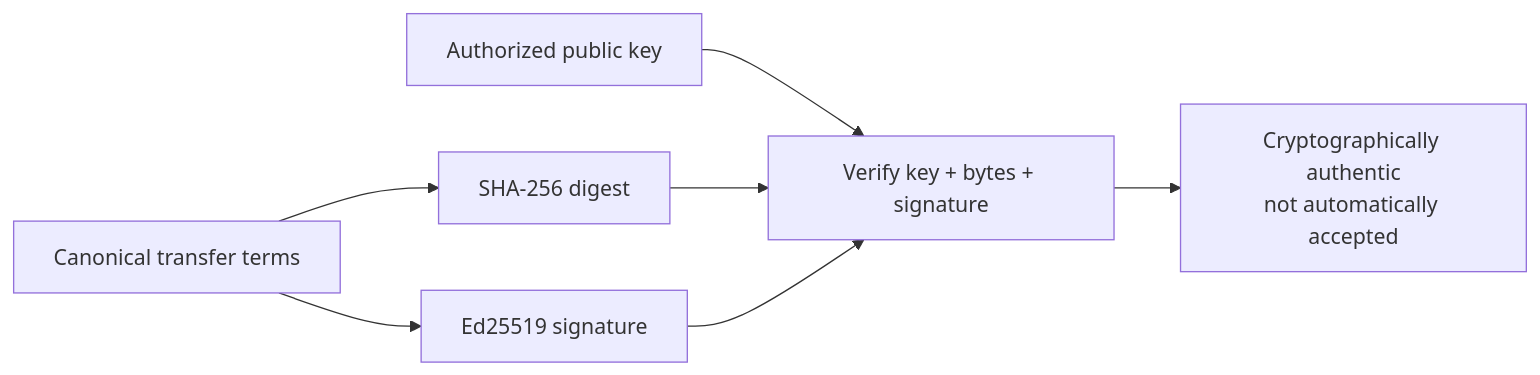
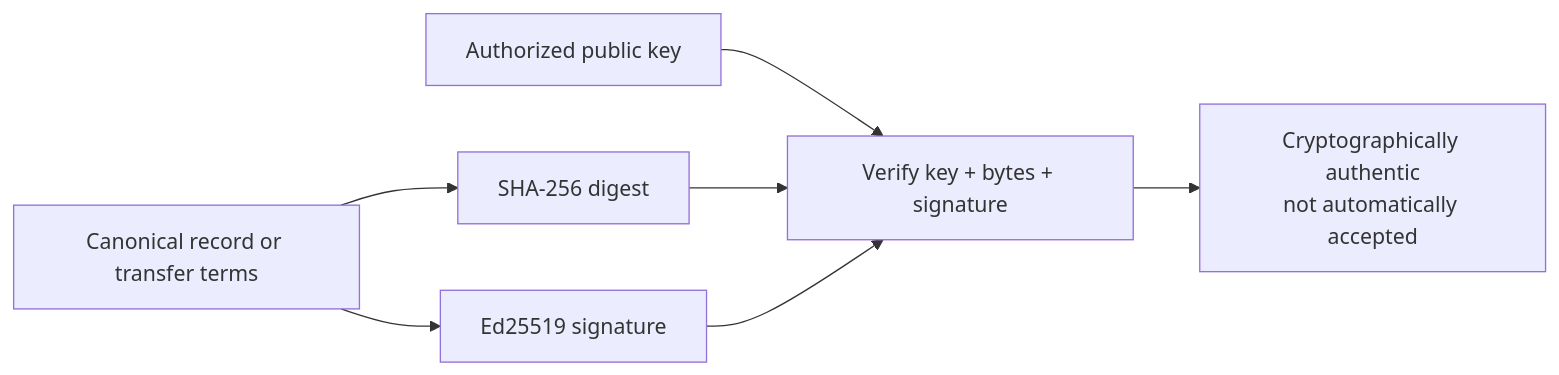
One commit to matthewlovestocode/peer-hours changed the diagram in docs/education/35-ed25519-signatures.md. Above: the diagram before and after it, drawn with Mermaid. The commit also changed other lines of this file and 62 other files, not shown here.

````diff
--- a/docs/education/35-ed25519-signatures.md
+++ b/docs/education/35-ed25519-signatures.md
@@ -5,9 +5,9 @@
 ```mermaid
 flowchart LR
-  T["Canonical transfer terms"] --> H["SHA-256 digest"]
+  T["Canonical record or transfer terms"] --> H["SHA-256 digest"]
   T --> S["Ed25519 signature"]
   K["Authorized public key"] --> V["Verify key + bytes + signature"]
   H --> V
   S --> V
   V --> R["Cryptographically authentic\nnot automatically accepted"]
 ```
````
